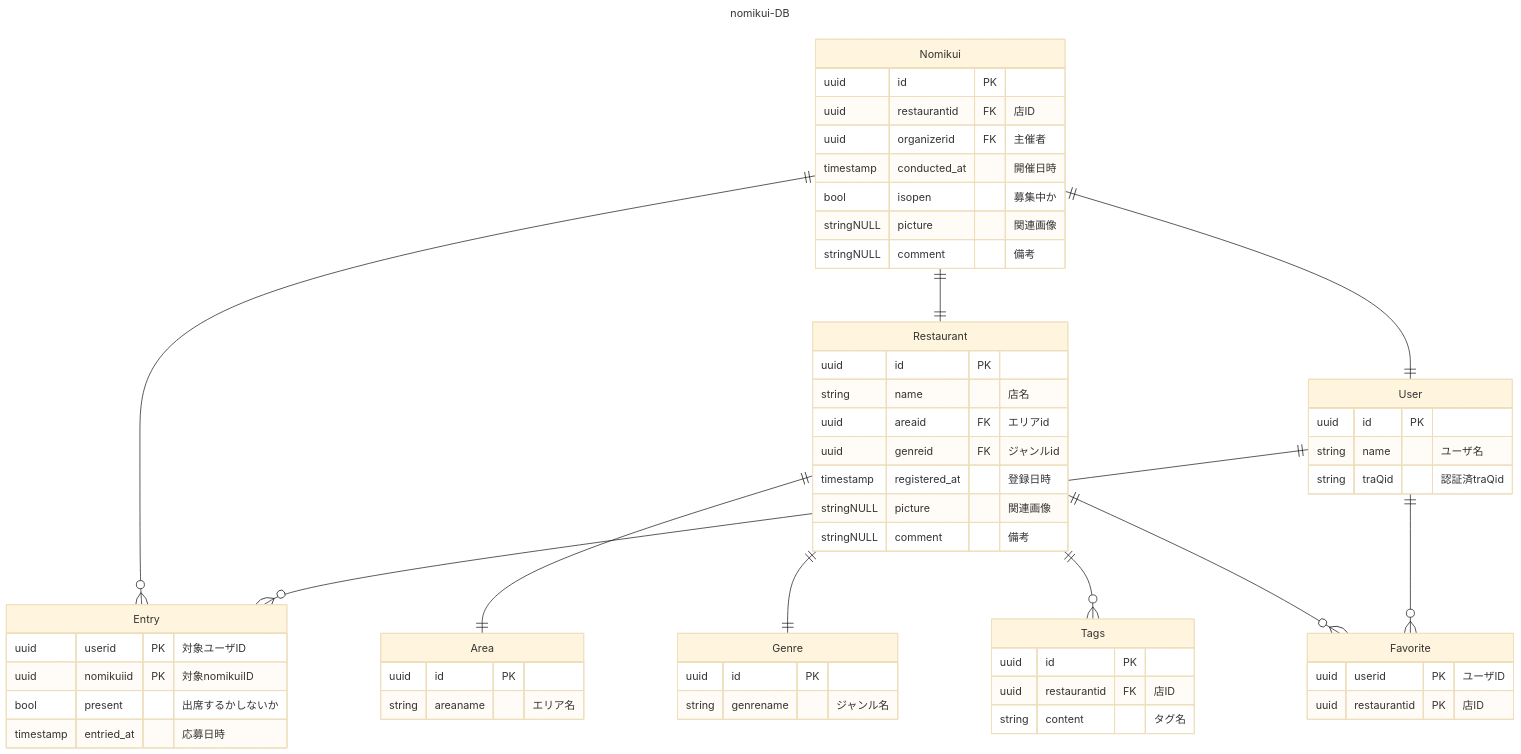
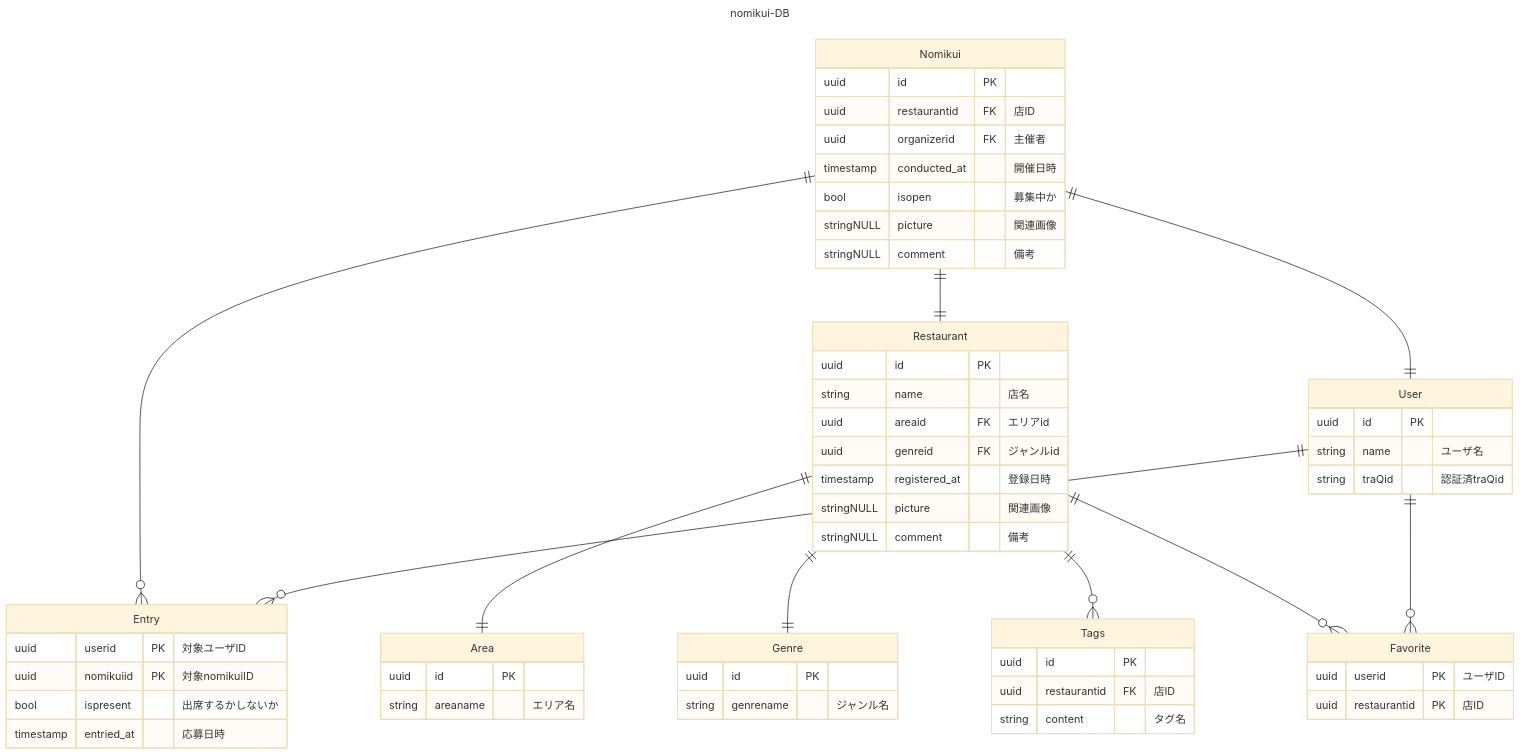
The diagram in README.md (alter334/nomikui-match), drawn with Mermaid (base theme) before and after one commit.

Commit message:
Entryオブジェクトのpresent変数名をispresentに

````diff
--- a/README.md
+++ b/README.md
@@ -4,73 +4,73 @@
 ```mermaid
 ---
 title: nomikui-DB
 ---
 erDiagram
 
   Nomikui ||--o{ Entry : ""
   Nomikui ||--|| Restaurant : ""
   Nomikui ||--|| User : ""
 
   Restaurant ||--|| Area : ""
   Restaurant ||--|| Genre : ""
   Restaurant ||--o{ Tags : ""
   Restaurant ||--o{ Favorite :""
 
   User ||--o{ Favorite : ""
   User ||--o{ Entry : ""
 
   Nomikui {
     uuid id PK
     uuid restaurantid FK "店ID"
     uuid organizerid FK "主催者"
     timestamp conducted_at "開催日時"
     bool isopen "募集中か"
     stringNULL picture "関連画像"
     stringNULL comment "備考"
   }
 
   Entry {
     uuid userid PK "対象ユーザID"
     uuid nomikuiid PK "対象nomikuiID"
-    bool present "出席するかしないか"
+    bool ispresent "出席するかしないか"
     timestamp entried_at "応募日時"
   }
 
   Restaurant {
     uuid id PK
     string name "店名"
     uuid areaid FK "エリアid"
     uuid genreid FK "ジャンルid"
     timestamp registered_at "登録日時"
     stringNULL picture "関連画像"
     stringNULL comment "備考"
   }
 
   User {
     uuid id PK
     string name "ユーザ名"
     string traQid "認証済traQid"
   }
 
   Area {
     uuid id PK
     string areaname "エリア名"
   }
 
   Genre {
     uuid id PK 
     string genrename "ジャンル名"
   }
 
   Tags {
     uuid id PK
     uuid restaurantid FK "店ID"
     string content "タグ名"
   }
 
   Favorite {
     uuid userid PK "ユーザID"
     uuid restaurantid PK "店ID"
   }
 
 ```
````
